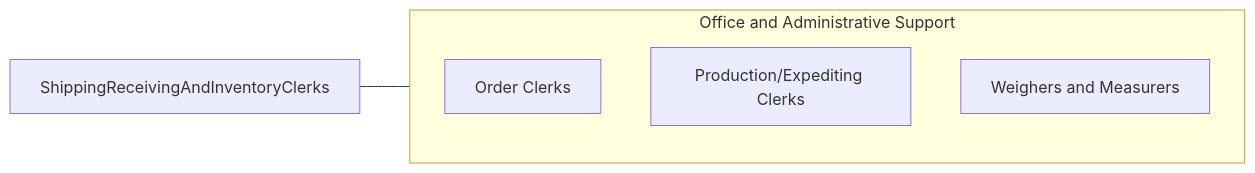
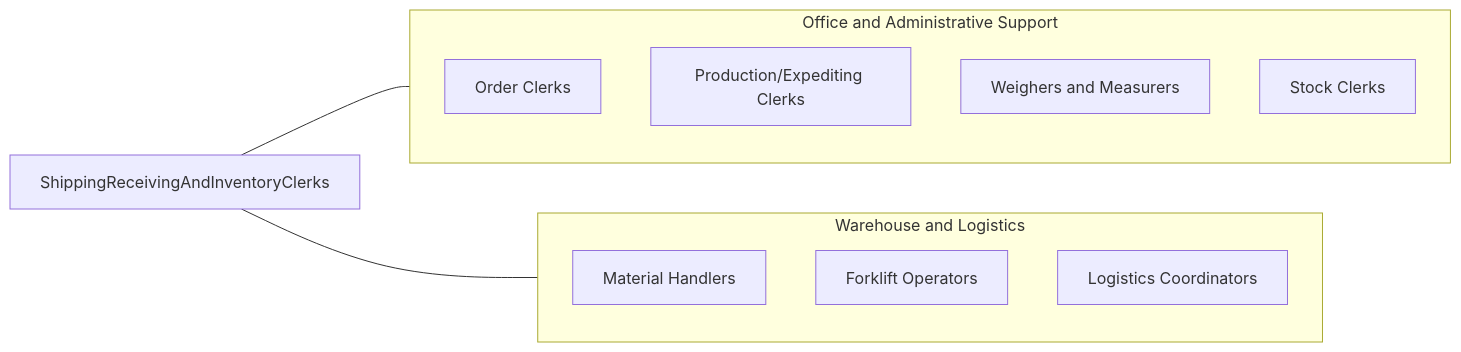
Before and after one commit to kziemski/business.org.ai: the fourth of 4 diagrams in occupations/Administrative/ShippingReceivingAndInventoryClerks.mdx, drawn with Mermaid. The commit also changed other lines of this file and 19 other files, not shown here.

````diff
--- a/occupations/Administrative/ShippingReceivingAndInventoryClerks.mdx
+++ b/occupations/Administrative/ShippingReceivingAndInventoryClerks.mdx
@@ -99,10 +231,20 @@
 ```mermaid
 graph LR
     Current["ShippingReceivingAndInventoryClerks"]
+
     subgraph SameCategory["Office and Administrative Support"]
-        ROrderClerks["Order Clerks"]
-        RProductionClerks["Production/Expediting Clerks"]
-        RWeighers["Weighers and Measurers"]
+        OrderClerks["Order Clerks"]
+        ProductionClerks["Production/Expediting Clerks"]
+        Weighers["Weighers and Measurers"]
+        StockClerks["Stock Clerks"]
     end
+
+    subgraph CrossFunctional["Warehouse and Logistics"]
+        MaterialHandlers["Material Handlers"]
+        ForkliftOperators["Forklift Operators"]
+        LogisticsCoord["Logistics Coordinators"]
+    end
+
     Current --- SameCategory
+    Current --- CrossFunctional
 ```
````
